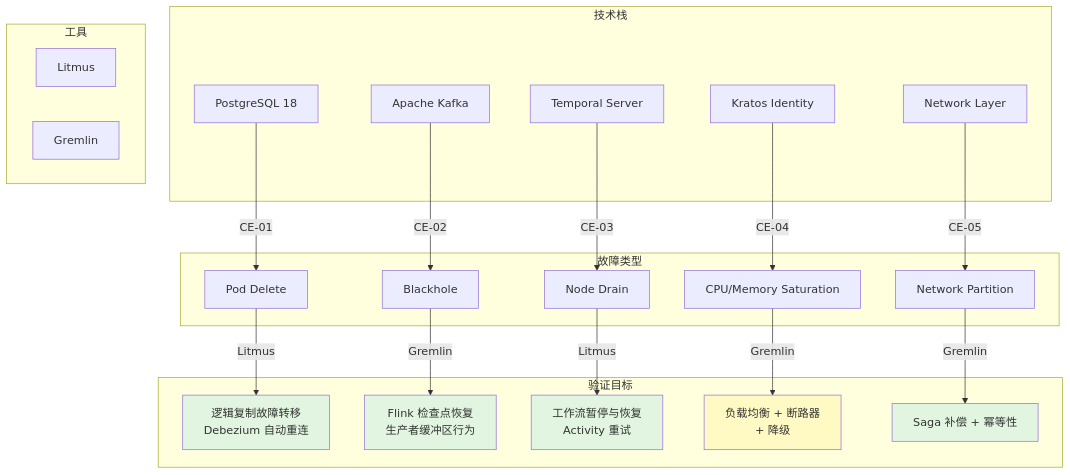
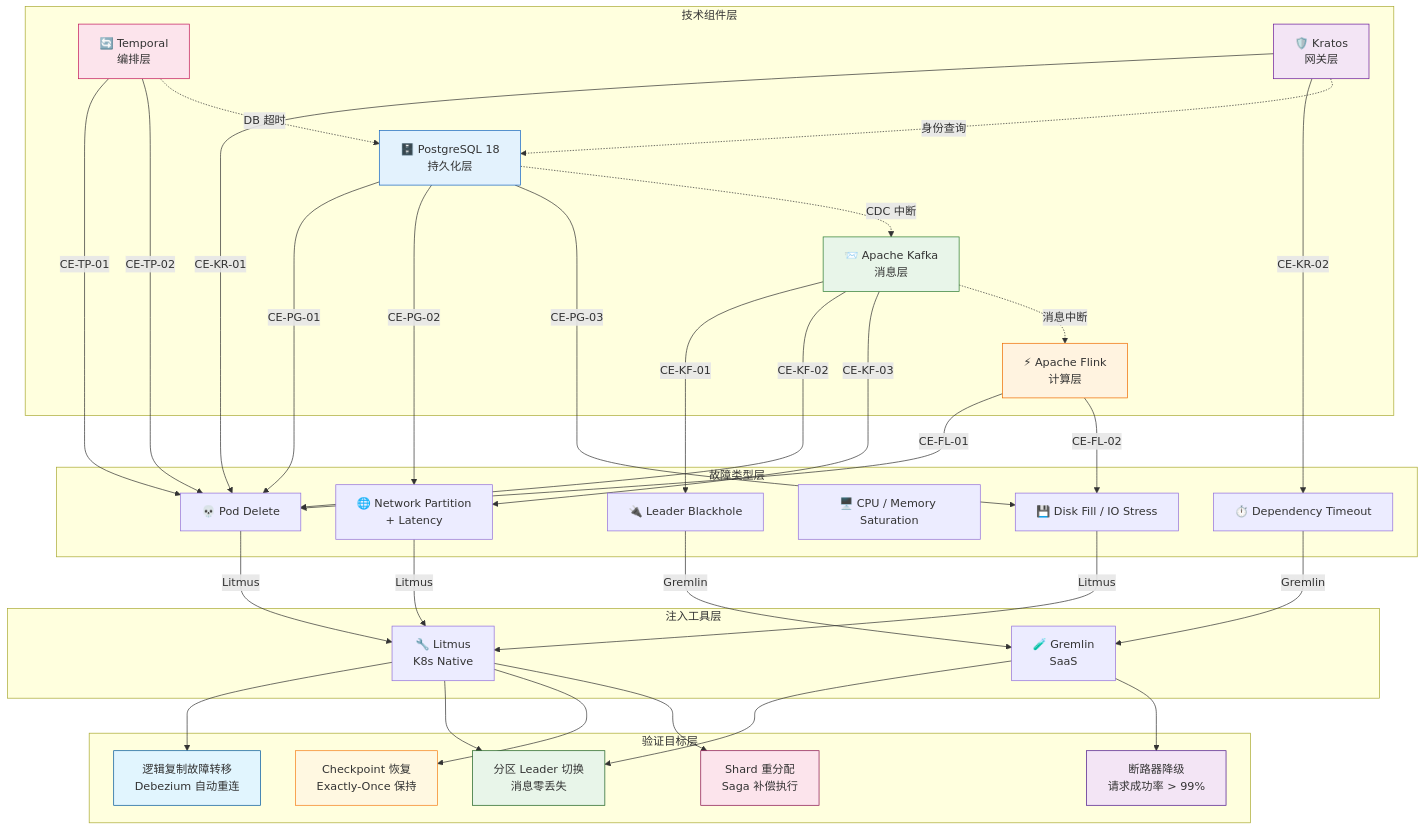
One commit to AdaMartin18010/AnalysisDataFlow changed the second of 2 diagrams in TECH-STACK-STREAMING-POSTGRES-TEMPORAL-KRATOS/04-resilience/04.05-chaos-engineering-practice.md. Above: the diagram before and after it, drawn with Mermaid. The commit also changed other lines of this file and 5 other files, not shown here.

````diff
--- a/TECH-STACK-STREAMING-POSTGRES-TEMPORAL-KRATOS/04-resilience/04.05-chaos-engineering-practice.md
+++ b/TECH-STACK-STREAMING-POSTGRES-TEMPORAL-KRATOS/04-resilience/04.05-chaos-engineering-practice.md
@@ -351,52 +684,74 @@
 ```mermaid
-graph TD
-    subgraph 技术栈
-        PG[PostgreSQL 18]
-        KF[Apache Kafka]
-        TP[Temporal Server]
-        KR[Kratos Identity]
-        NW[Network Layer]
+graph TB
+    subgraph Components["技术组件层"]
+        PG["🗄️ PostgreSQL 18<br/>持久化层"]
+        KF["📨 Apache Kafka<br/>消息层"]
+        FL["⚡ Apache Flink<br/>计算层"]
+        TP["🔄 Temporal<br/>编排层"]
+        KR["🛡️ Kratos<br/>网关层"]
     end
 
-    subgraph 故障类型
-        PD[Pod Delete]
-        BH[Blackhole]
-        ND[Node Drain]
-        CPU[CPU/Memory Saturation]
-        NP[Network Partition]
+    subgraph Faults["故障类型层"]
+        F1["💀 Pod Delete"]
+        F2["🌐 Network Partition<br/>+ Latency"]
+        F3["💾 Disk Fill / IO Stress"]
+        F4["🖥️ CPU / Memory Saturation"]
+        F5["🔌 Leader Blackhole"]
+        F6["⏱️ Dependency Timeout"]
     end
 
-    subgraph 验证目标
-        V1[逻辑复制故障转移<br/>Debezium 自动重连]
-        V2[Flink 检查点恢复<br/>生产者缓冲区行为]
-        V3[工作流暂停与恢复<br/>Activity 重试]
-        V4[负载均衡 + 断路器<br/>+ 降级]
-        V5[Saga 补偿 + 幂等性]
+    subgraph Tools["注入工具层"]
+        L["🔧 Litmus<br/>K8s Native"]
+        G["🧪 Gremlin<br/>SaaS"]
     end
 
-    subgraph 工具
-        L[Litmus]
-        G[Gremlin]
+    subgraph Verification["验证目标层"]
+        V1["逻辑复制故障转移<br/>Debezium 自动重连"]
+        V2["分区 Leader 切换<br/>消息零丢失"]
+        V3["Checkpoint 恢复<br/>Exactly-Once 保持"]
+        V4["Shard 重分配<br/>Saga 补偿执行"]
+        V5["断路器降级<br/>请求成功率 > 99%"]
     end
 
-    PG -->|CE-01| PD
-    PD -->|Litmus| V1
+    PG -->|CE-PG-01| F1
+    PG -->|CE-PG-02| F2
+    PG -->|CE-PG-03| F3
+    KF -->|CE-KF-01| F5
+    KF -->|CE-KF-02| F1
+    KF -->|CE-KF-03| F2
+    FL -->|CE-FL-01| F1
+    FL -->|CE-FL-02| F3
+    TP -->|CE-TP-01| F1
+    TP -->|CE-TP-02| F1
+    KR -->|CE-KR-01| F1
+    KR -->|CE-KR-02| F6
 
-    KF -->|CE-02| BH
-    BH -->|Gremlin| V2
+    F1 -->|Litmus| L
+    F2 -->|Litmus| L
+    F3 -->|Litmus| L
+    F5 -->|Gremlin| G
+    F6 -->|Gremlin| G
 
-    TP -->|CE-03| ND
-    ND -->|Litmus| V3
+    L --> V1
+    L --> V2
+    L --> V3
+    L --> V4
+    G --> V2
+    G --> V5
 
-    KR -->|CE-04| CPU
-    CPU -->|Gremlin| V4
+    KF -.->|消息中断| FL
+    PG -.->|CDC 中断| KF
+    TP -.->|DB 超时| PG
+    KR -.->|身份查询| PG
 
-    NW -->|CE-05| NP
-    NP -->|Gremlin| V5
-
-    style V1 fill:#e1f5e1
-    style V2 fill:#e1f5e1
-    style V3 fill:#e1f5e1
-    style V4 fill:#fff9c4
-    style V5 fill:#e1f5e1
+    style PG fill:#e3f2fd,stroke:#1565c0
+    style KF fill:#e8f5e9,stroke:#2e7d32
+    style FL fill:#fff3e0,stroke:#ef6c00
+    style TP fill:#fce4ec,stroke:#c2185b
+    style KR fill:#f3e5f5,stroke:#6a1b9a
+    style V1 fill:#e1f5fe,stroke:#01579b
+    style V2 fill:#e8f5e9,stroke:#1b5e20
+    style V3 fill:#fff8e1,stroke:#f57f17
+    style V4 fill:#fce4ec,stroke:#880e4f
+    style V5 fill:#f3e5f5,stroke:#4a148c
 ```
````
